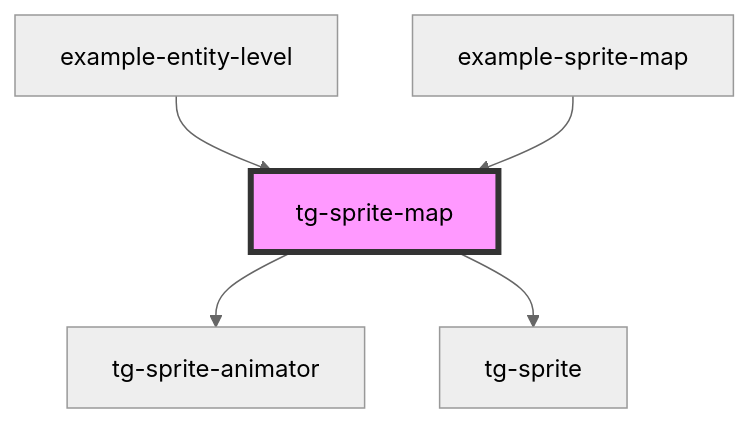
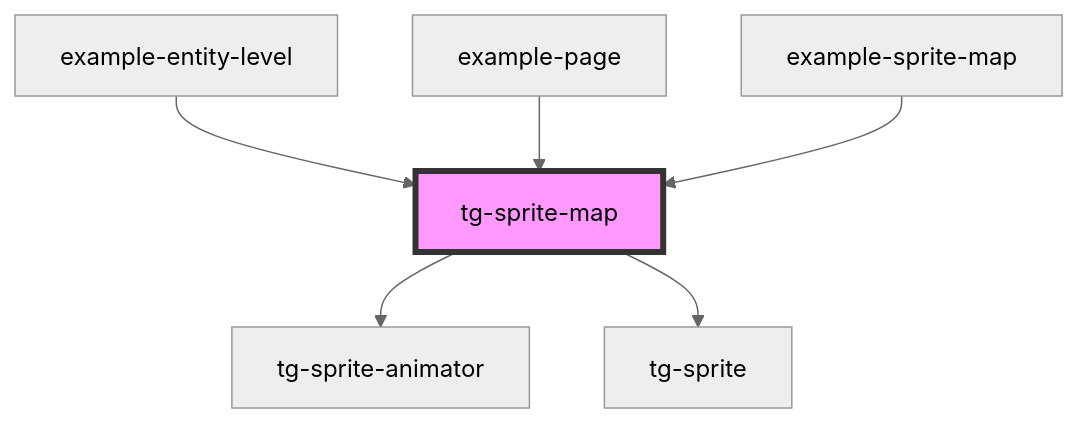
Before and after one commit to Scan0815/tg-engine: the diagram in src/components/engine/tg-sprite-map/readme.md, drawn with Mermaid (neutral theme). The commit also changed other lines of this file and 12 other files, not shown here.

````diff
--- a/src/components/engine/tg-sprite-map/readme.md
+++ b/src/components/engine/tg-sprite-map/readme.md
@@ -36,8 +37,9 @@
 ```mermaid
 graph TD;
   tg-sprite-map --> tg-sprite-animator
   tg-sprite-map --> tg-sprite
   example-entity-level --> tg-sprite-map
+  example-page --> tg-sprite-map
   example-sprite-map --> tg-sprite-map
   style tg-sprite-map fill:#f9f,stroke:#333,stroke-width:4px
 ```
````
